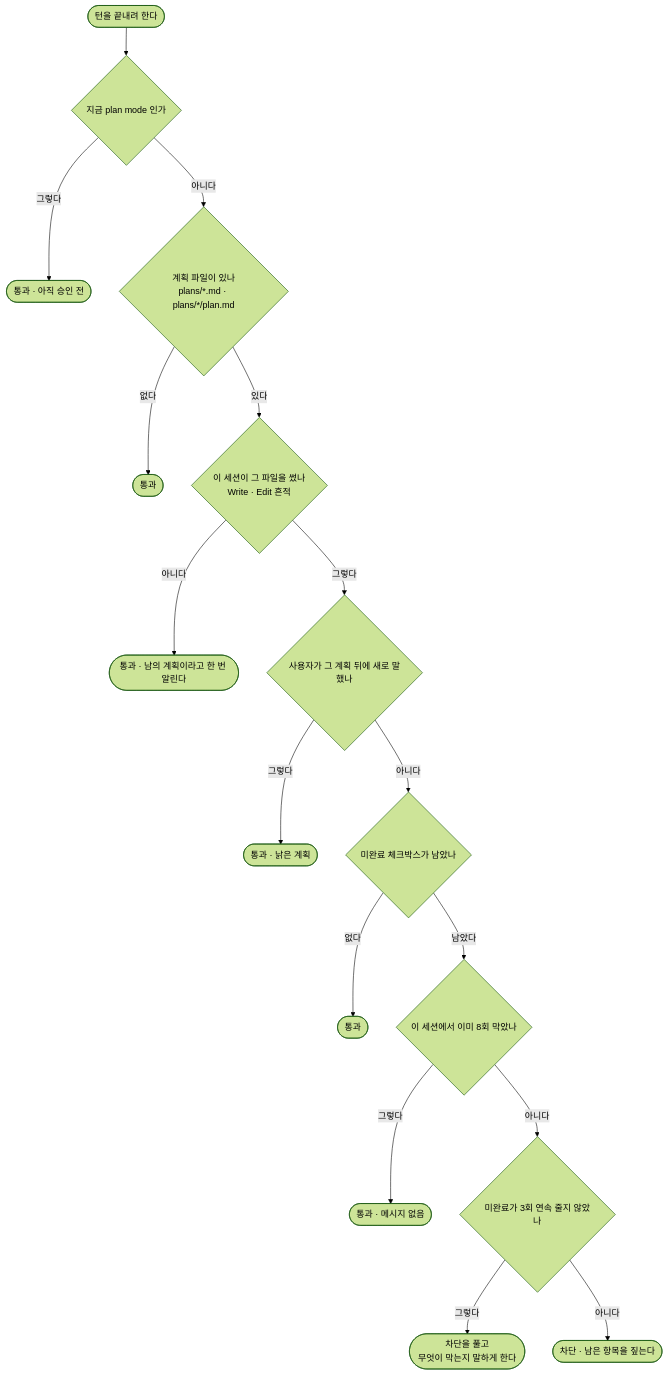
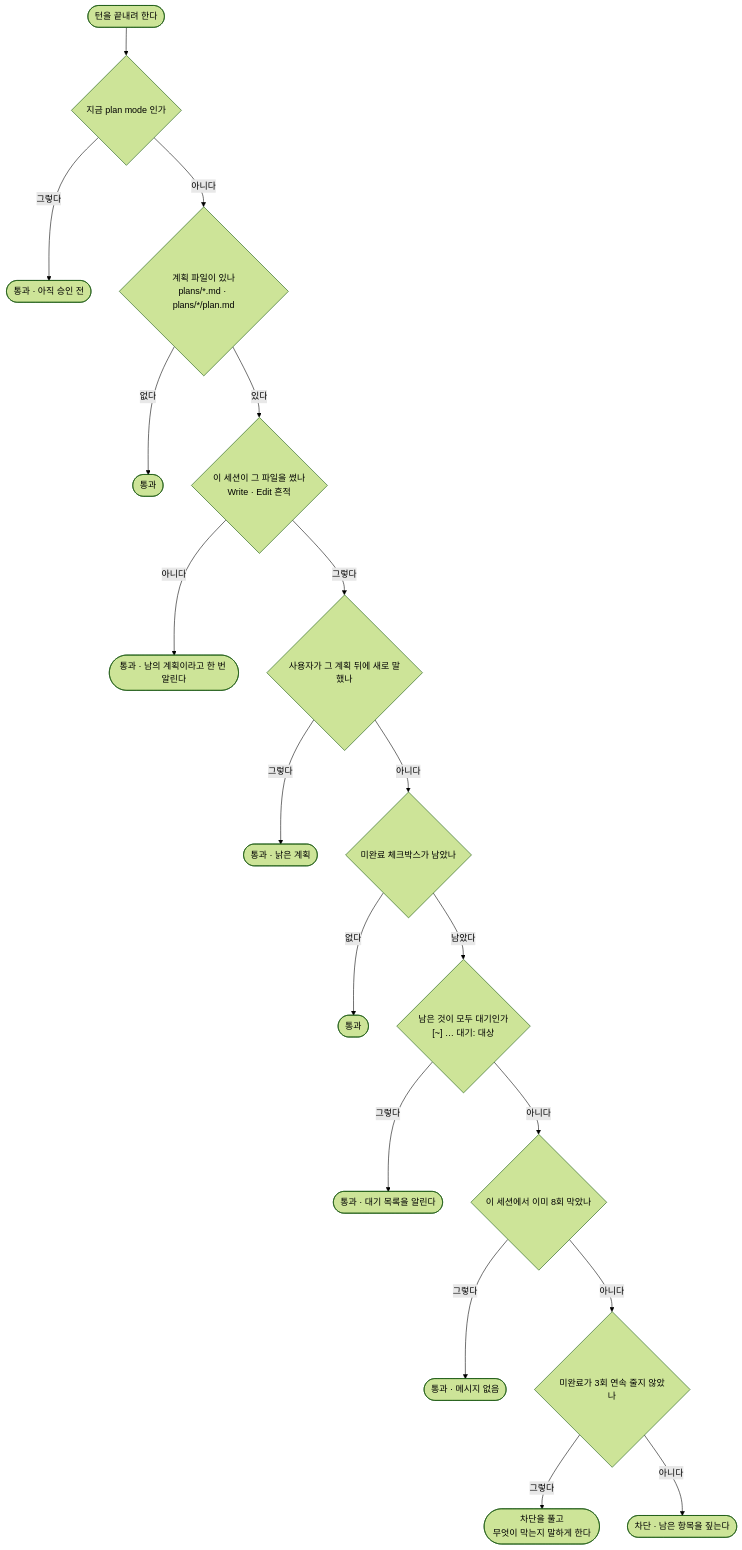
One commit to jwjinn/go-skill changed the fourth of 4 diagrams in README.md. Above: the diagram before and after it, drawn with Mermaid (forest theme). The commit also changed other lines of this file and 7 other files, not shown here.

````diff
--- a/README.md
+++ b/README.md
@@ -228,18 +228,20 @@
 ```mermaid
 flowchart TD
     S(["턴을 끝내려 한다"]) --> Q0{"지금 plan mode 인가"}
     Q0 -->|"그렇다"| PP(["통과 · 아직 승인 전"])
     Q0 -->|"아니다"| Q1{"계획 파일이 있나<br/>plans/*.md · plans/*/plan.md"}
     Q1 -->|"없다"| P0(["통과"])
     Q1 -->|"있다"| Q2{"이 세션이 그 파일을 썼나<br/>Write · Edit 흔적"}
     Q2 -->|"아니다"| P1(["통과 · 남의 계획이라고 한 번 알린다"])
     Q2 -->|"그렇다"| Q3{"사용자가 그 계획 뒤에 새로 말했나"}
     Q3 -->|"그렇다"| P2(["통과 · 낡은 계획"])
     Q3 -->|"아니다"| Q4{"미완료 체크박스가 남았나"}
     Q4 -->|"없다"| P3(["통과"])
-    Q4 -->|"남았다"| Q5{"이 세션에서 이미 8회 막았나"}
+    Q4 -->|"남았다"| QW{"남은 것이 모두 대기인가<br/>[~] … 대기: 대상"}
+    QW -->|"그렇다"| PW(["통과 · 대기 목록을 알린다"])
+    QW -->|"아니다"| Q5{"이 세션에서 이미 8회 막았나"}
     Q5 -->|"그렇다"| P4(["통과 · 메시지 없음"])
     Q5 -->|"아니다"| Q6{"미완료가 3회 연속 줄지 않았나"}
     Q6 -->|"그렇다"| R(["차단을 풀고<br/>무엇이 막는지 말하게 한다"])
     Q6 -->|"아니다"| B(["차단 · 남은 항목을 짚는다"])
 ```
````
